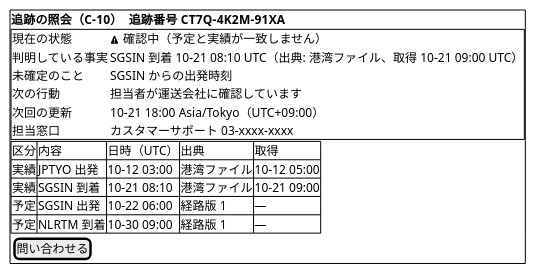
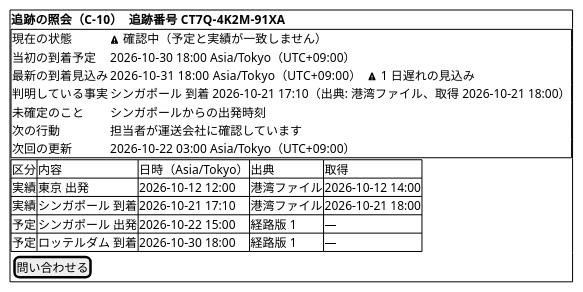
Diagram 17 of 21 in docs/design/cargo-tracker/ui_design.md (k2works/practical-domain-driven-design-in-enterpris-application), drawn with PlantUML before and after one commit. The commit also changed other lines of this file and 25 other files, not shown here.

````diff
--- a/docs/design/cargo-tracker/ui_design.md
+++ b/docs/design/cargo-tracker/ui_design.md
@@ -439,23 +621,24 @@
 ```plantuml
 @startsalt
 {+
   <b>追跡の照会（C-10）　追跡番号 CT7Q-4K2M-91XA
   {+
     現在の状態 | <&warning> 確認中（予定と実績が一致しません）
-    判明している事実 | SGSIN 到着 10-21 08:10 UTC（出典: 港湾ファイル、取得 10-21 09:00 UTC）
-    未確定のこと | SGSIN からの出発時刻
+    当初の到着予定 | 2026-10-30 18:00 Asia/Tokyo（UTC+09:00）
+    最新の到着見込み | 2026-10-31 18:00 Asia/Tokyo（UTC+09:00）　<&warning> 1 日遅れの見込み
+    判明している事実 | シンガポール 到着 2026-10-21 17:10（出典: 港湾ファイル、取得 2026-10-21 18:00）
+    未確定のこと | シンガポールからの出発時刻
     次の行動 | 担当者が運送会社に確認しています
-    次回の更新 | 10-21 18:00 Asia/Tokyo（UTC+09:00）
-    担当窓口 | カスタマーサポート 03-xxxx-xxxx
+    次回の更新 | 2026-10-22 03:00 Asia/Tokyo（UTC+09:00）
   }
   {#
-    区分 | 内容 | 日時（UTC） | 出典 | 取得
-    実績 | JPTYO 出発 | 10-12 03:00 | 港湾ファイル | 10-12 05:00
-    実績 | SGSIN 到着 | 10-21 08:10 | 港湾ファイル | 10-21 09:00
-    予定 | SGSIN 出発 | 10-22 06:00 | 経路版 1 | —
-    予定 | NLRTM 到着 | 10-30 09:00 | 経路版 1 | —
+    区分 | 内容 | 日時（Asia/Tokyo） | 出典 | 取得
+    実績 | 東京 出発 | 2026-10-12 12:00 | 港湾ファイル | 2026-10-12 14:00
+    実績 | シンガポール 到着 | 2026-10-21 17:10 | 港湾ファイル | 2026-10-21 18:00
+    予定 | シンガポール 出発 | 2026-10-22 15:00 | 経路版 1 | —
+    予定 | ロッテルダム 到着 | 2026-10-30 18:00 | 経路版 1 | —
   }
   { [ 問い合わせる ] }
 }
 @endsalt
 ```
````
